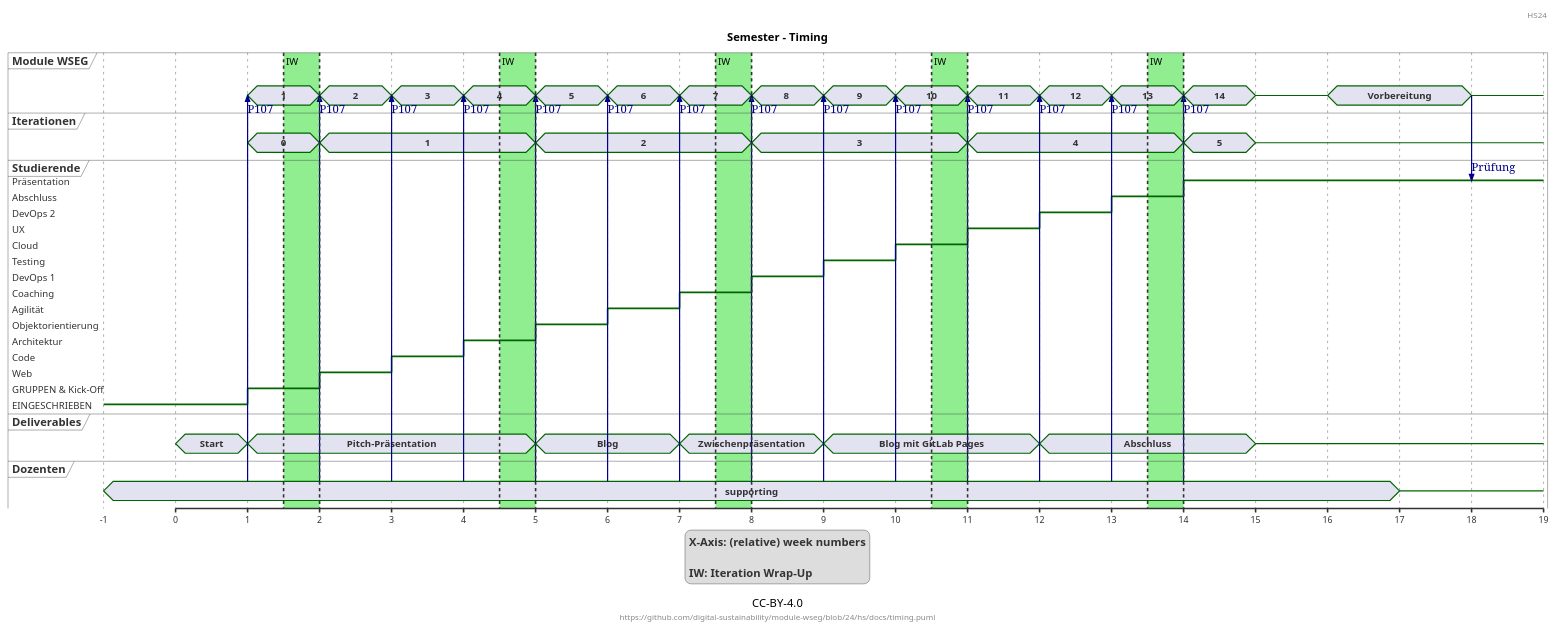
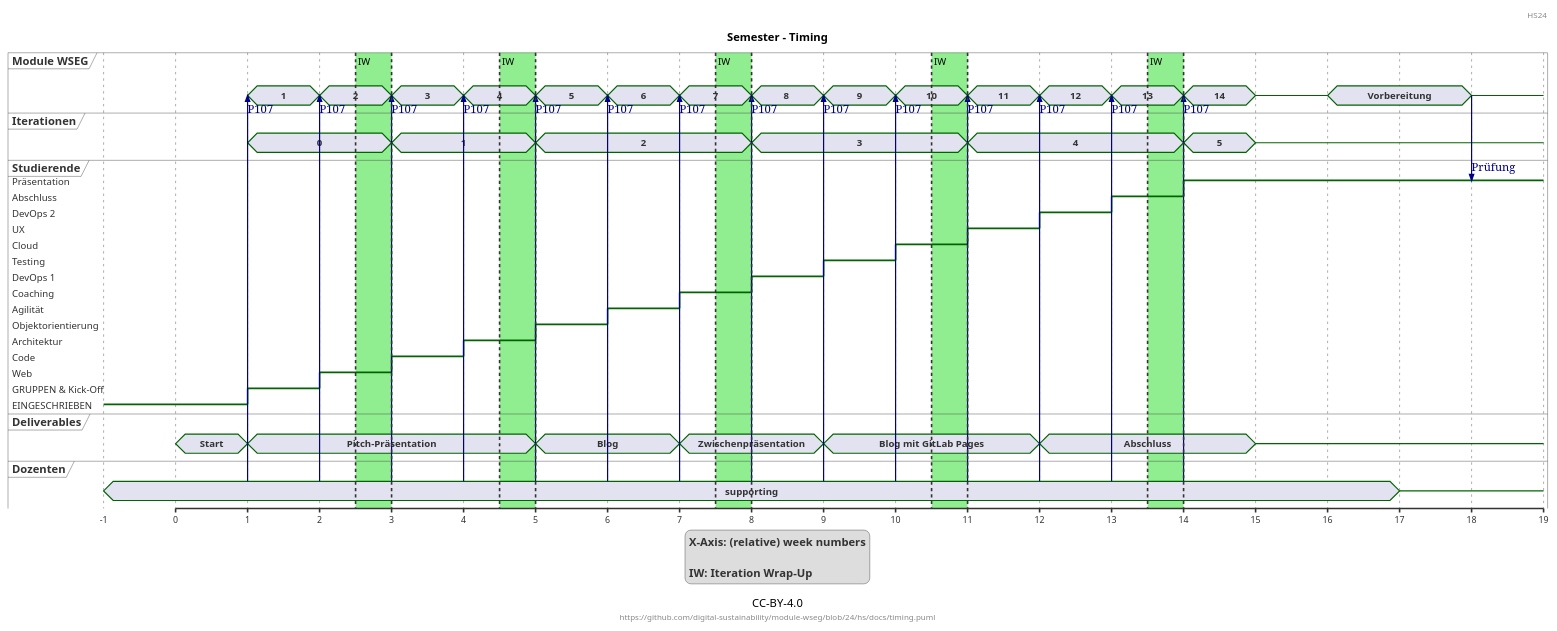
The diagram in docs/timing.puml (digital-sustainability/module-wseg), drawn with PlantUML before and after one commit.

Commit message:
Iteration 0 + 1 > 2 weeks

```diff
--- a/docs/timing.puml
+++ b/docs/timing.puml
@@ -1,129 +1,129 @@
 @startuml
 Title Semester - Timing
 header: HS24
 footer: "https://github.com/digital-sustainability/module-wseg/blob/24/hs/docs/timing.puml"
 caption CC-BY-4.0
 
 legend
 X-Axis: (relative) week numbers
 
 IW: Iteration Wrap-Up
 end legend
 
 concise "Module WSEG" as module
 concise "Iterationen" as iter
 robust "Studierende" as studi
 concise "Deliverables" as tasks
 concise "Dozenten" as dozent
 scale 1 as 90 pixels
 
 @-1
 studi is EINGESCHRIEBEN
 dozent is supporting
 
 @+1
 tasks is Start
 
 @1
 dozent -> module: P107
 module is "1"
 iter is "0"
 tasks is "Pitch-Präsentation"
 studi is "GRUPPEN & Kick-Off"
 
 @+1
 dozent -> module: P107
 module is "2"
-iter is "1"
 studi is "Web"
 
 @+1
 dozent -> module: P107
+iter is "1"
 module is "3"
 studi is "Code"
 
 @+1
 dozent -> module: P107
 module is "4"
 studi is "Architektur"
 
 @+1
 dozent -> module: P107
 module is "5"
 iter is "2"
 tasks is "Blog"
 studi is "Objektorientierung"
 
 @+1
 dozent -> module: P107
 module is "6"
 studi is "Agilität"
 
 @+1
 dozent -> module: P107
 module is "7"
 tasks is "Zwischenpräsentation"
 studi is "Coaching"
 
 @+1
 dozent -> module: P107
 module is "8 "
 iter is "3"
 studi is "DevOps 1"
 
 @+1
 dozent -> module: P107
 module is "9"
 studi is "Testing"
 tasks is "Blog mit GitLab Pages"
 
 @+1
 dozent -> module: P107
 module is "10"
 studi is "Cloud"
 
 @+1
 dozent -> module: P107
 module is "11"
 iter is "4"
 studi is "UX"
 
 @+1
 dozent -> module: P107
 module is "12"
 studi is "DevOps 2"
 tasks is "Abschluss"
 
 @+1
 dozent -> module: P107
 module is "13"
 studi is "Abschluss"
 
 @+1
 dozent -> module: P107
 module is "14"
 iter is "5"
 studi is "Präsentation"
 
 @+1
 module is {-}
 iter is {-}
 tasks is {-}
 
 @+1
 module is Vorbereitung
 
 @+1
 dozent is {-}
 
 @+1
 module -> studi: Prüfung
 module is {-}
 
-highlight 1.5 to 2 #lightgreen : IW
+highlight 2.5 to 3 #lightgreen : IW
 highlight 4.5 to 5 #lightgreen : IW
 highlight 7.5 to 8 #lightgreen : IW
 highlight 10.5 to 11 #lightgreen : IW
 highlight 13.5 to 14 #lightgreen : IW
 
 @enduml
```
